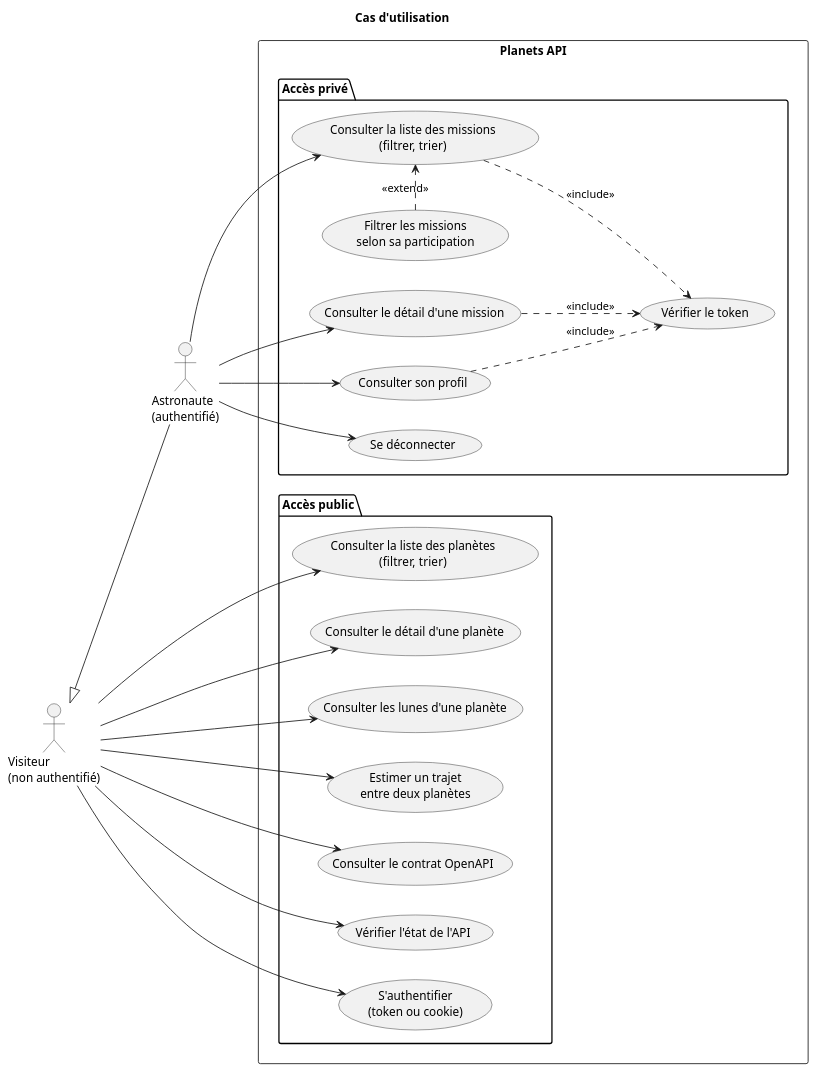
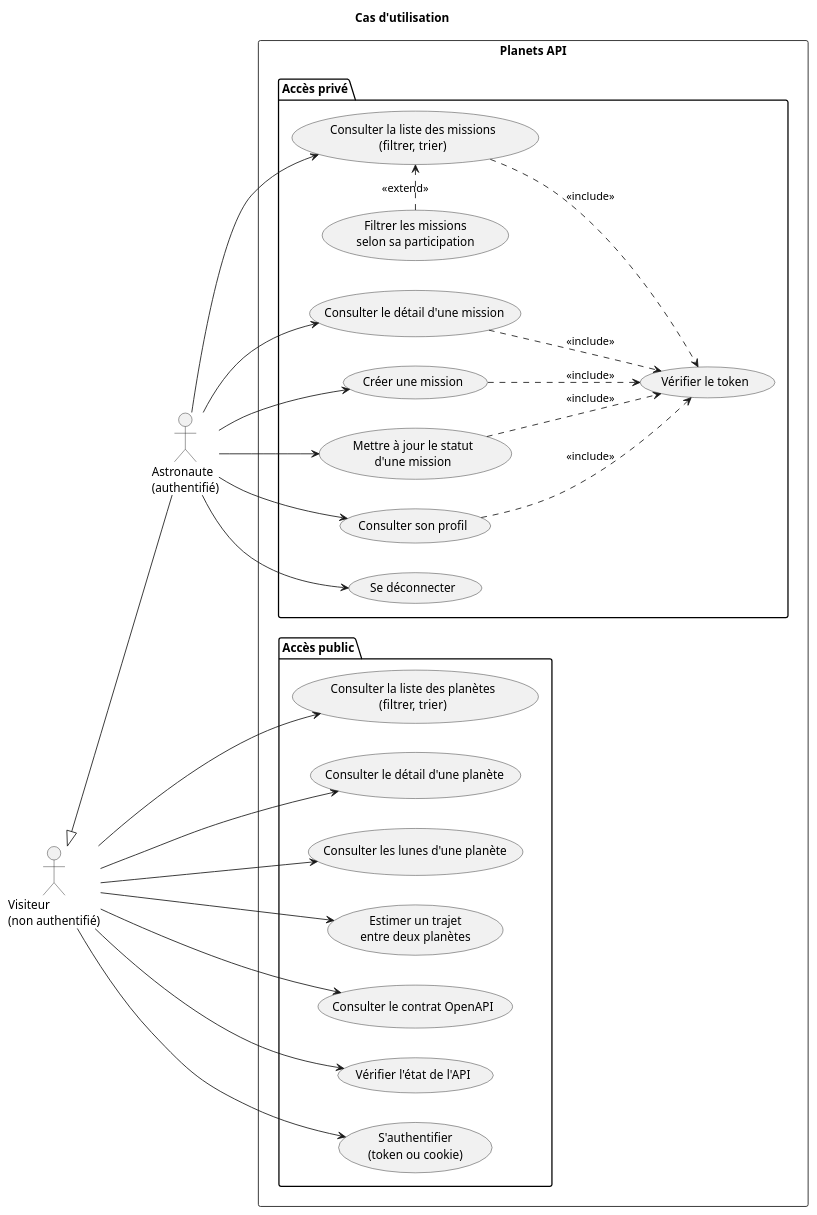
One commit to shrp777/planets-api changed the diagram in docs/schemas/cas-utilisation.puml. Above: the diagram before and after it, drawn with PlantUML. The commit also changed 20 other files, not shown here.

Commit message:
ajout d'un endpoint permettant de créer une mission et mettre à jour son statut

```diff
--- a/docs/schemas/cas-utilisation.puml
+++ b/docs/schemas/cas-utilisation.puml
@@ -1,49 +1,55 @@
 @startuml cas-utilisation
 title Cas d'utilisation
 
 left to right direction
 
 actor "Visiteur\n(non authentifié)" as Visiteur
 actor "Astronaute\n(authentifié)" as Astronaute
 
 Visiteur <|-- Astronaute
 
 rectangle "Planets API" {
   package "Accès public" {
     usecase "Consulter la liste des planètes\n(filtrer, trier)" as UC1
     usecase "Consulter le détail d'une planète" as UC2
     usecase "Consulter les lunes d'une planète" as UC3
     usecase "Estimer un trajet\nentre deux planètes" as UC4
     usecase "Consulter le contrat OpenAPI" as UC5
     usecase "Vérifier l'état de l'API" as UC6
     usecase "S'authentifier\n(token ou cookie)" as UC7
   }
 
   package "Accès privé" {
     usecase "Consulter la liste des missions\n(filtrer, trier)" as UC8
     usecase "Consulter le détail d'une mission" as UC9
     usecase "Filtrer les missions\nselon sa participation" as UC10
+    usecase "Créer une mission" as UC14
+    usecase "Mettre à jour le statut\nd'une mission" as UC15
     usecase "Consulter son profil" as UC11
     usecase "Se déconnecter" as UC12
     usecase "Vérifier le token" as UC13
   }
 }
 
 Visiteur --> UC1
 Visiteur --> UC2
 Visiteur --> UC3
 Visiteur --> UC4
 Visiteur --> UC5
 Visiteur --> UC6
 Visiteur --> UC7
 
 Astronaute --> UC8
 Astronaute --> UC9
+Astronaute --> UC14
+Astronaute --> UC15
 Astronaute --> UC11
 Astronaute --> UC12
 
 UC10 .> UC8 : <<extend>>
 UC8 ..> UC13 : <<include>>
 UC9 ..> UC13 : <<include>>
+UC14 ..> UC13 : <<include>>
+UC15 ..> UC13 : <<include>>
 UC11 ..> UC13 : <<include>>
 @enduml
```
